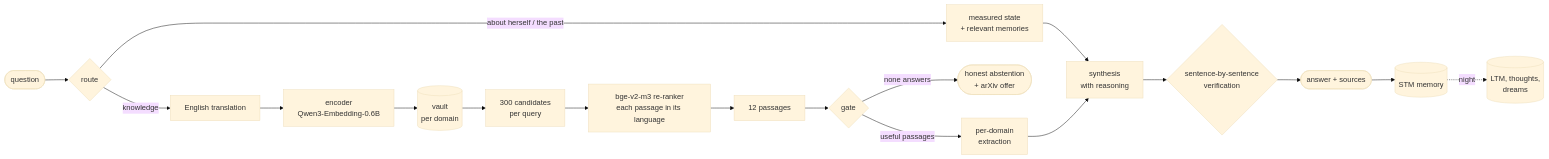
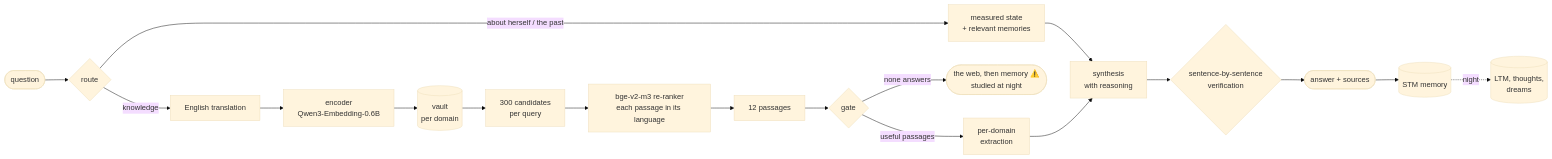
Before and after one commit to Soliton0382/A.U.R.O.R.A.: the second of 3 diagrams in README.en.md, drawn with Mermaid (base theme). The commit also changed other lines of this file and 16 other files, not shown here.

Commit message:
README, GitHub page and charts for the new Aurora: answers by the question's kind, thinking modes, emotions, diet, access from away (M129, M130)

````diff
--- a/README.en.md
+++ b/README.en.md
@@ -73,14 +97,14 @@
 ```mermaid
 flowchart LR
   Q([question]) --> R{route}
   R -- "about herself / the past" --> S[measured state<br/>+ relevant memories] --> W
   R -- knowledge --> T[English translation] --> E[encoder<br/>Qwen3-Embedding-0.6B]
   E --> V[(vault<br/>per domain)] --> C[300 candidates<br/>per query]
   C --> X[bge-v2-m3 re-ranker<br/>each passage in its language] --> K[12 passages]
   K --> G{gate}
-  G -- none answers --> A([honest abstention<br/>+ arXiv offer])
+  G -- none answers --> A([the web, then memory ⚠️<br/>studied at night])
   G -- useful passages --> D[per-domain<br/>extraction] --> W[synthesis<br/>with reasoning]
   W --> F{sentence-by-sentence<br/>verification}
   F --> O([answer + sources]) --> M[(STM memory)]
   M -. night .-> L[(LTM, thoughts,<br/>dreams)]
 ```
````
